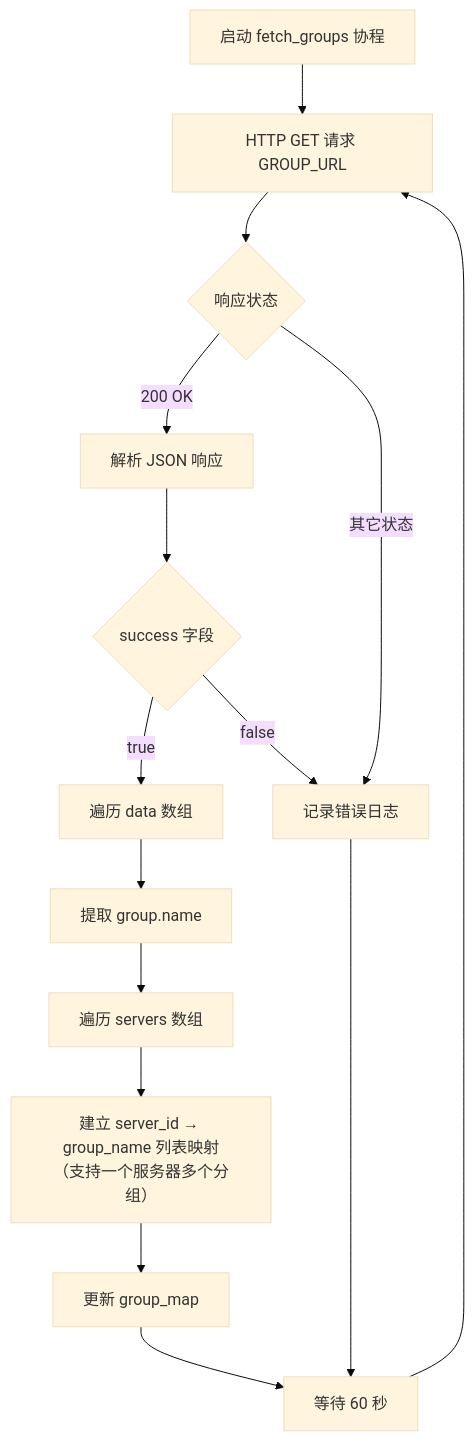
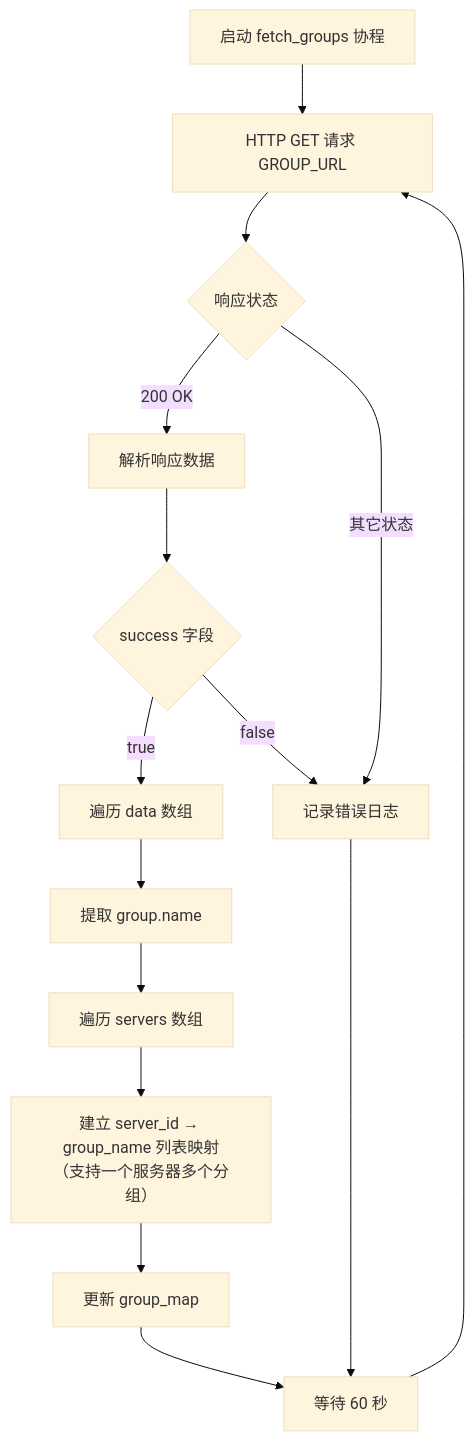
Before and after one commit to Moeyuuko/nezhaV1-exporter: the sixth of 9 diagrams in nezha-exporter.md, drawn with Mermaid (base theme). The commit also changed other lines of this file and 4 other files, not shown here.

````diff
--- a/nezha-exporter.md
+++ b/nezha-exporter.md
@@ -169,20 +175,20 @@
 ```mermaid
 flowchart TD
     A["启动 fetch_groups 协程"] --> B["HTTP GET 请求 GROUP_URL"]
     B --> C{"响应状态"}
-    C -- "200 OK" --> D["解析 JSON 响应"]
+    C -- "200 OK" --> D["解析响应数据"]
     C -- "其它状态" --> E["记录错误日志"]
     
     D --> F{"success 字段"}
     F -- "true" --> G["遍历 data 数组"]
     F -- "false" --> E
     
     G --> H["提取 group.name"]
     H --> I["遍历 servers 数组"]
     I --> J["建立 server_id → group_name 列表映射<br/>（支持一个服务器多个分组）"]
     J --> K["更新 group_map"]
     
     K --> L["等待 60 秒"]
     E --> L
     L --> B
 ```
````
